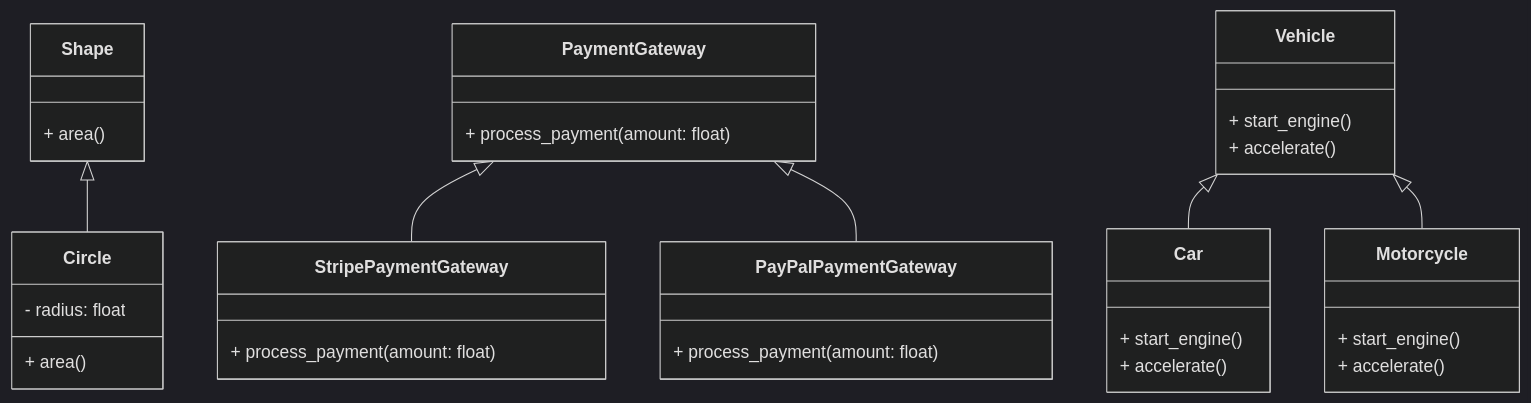
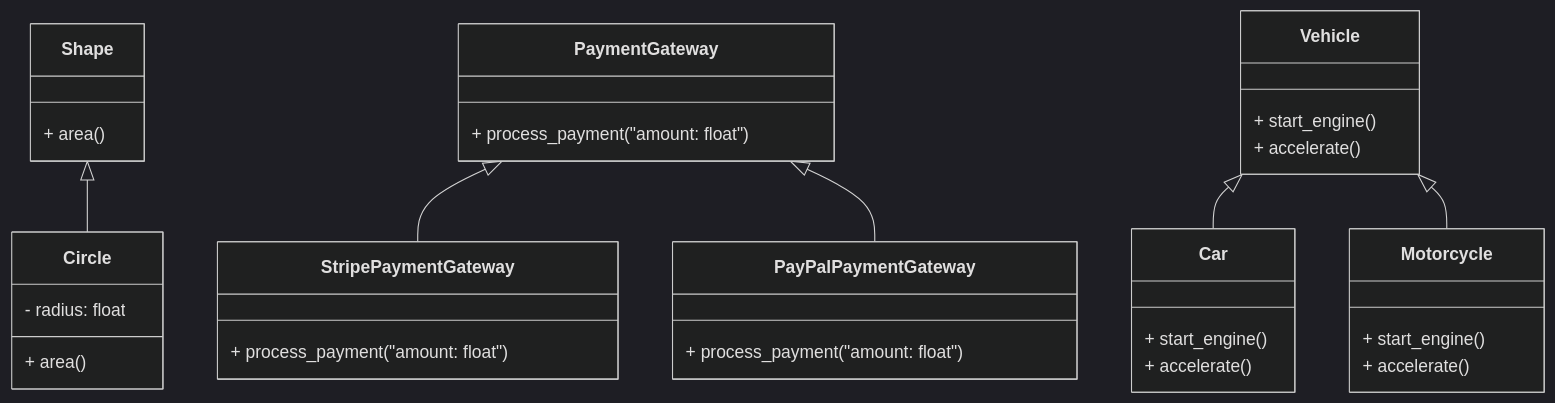
One commit to baaghinitesh/dailly-notes changed the diagram in docs/notes/python/2_Python_OOP/Abstract_Base_Classes_abcABC_abstractmethod.md. Above: the diagram before and after it, drawn with Mermaid (dark theme). The commit also changed 68 other files, not shown here.

Commit message:
Enhancement: Global aggressive Mermaid syntax repair (65 files fixed)

````diff
--- a/docs/notes/python/2_Python_OOP/Abstract_Base_Classes_abcABC_abstractmethod.md
+++ b/docs/notes/python/2_Python_OOP/Abstract_Base_Classes_abcABC_abstractmethod.md
@@ -123,36 +123,36 @@
 ```mermaid
 classDiagram
     class Shape {
         + area()
     }
     class Circle {
         - radius: float
         + area()
     }
     class PaymentGateway {
-        + process_payment(amount: float)
+        + process_payment("amount: float")
     }
     class StripePaymentGateway {
-        + process_payment(amount: float)
+        + process_payment("amount: float")
     }
     class PayPalPaymentGateway {
-        + process_payment(amount: float)
+        + process_payment("amount: float")
     }
     class Vehicle {
         + start_engine()
         + accelerate()
     }
     class Car {
         + start_engine()
         + accelerate()
     }
     class Motorcycle {
         + start_engine()
         + accelerate()
     }
     Shape <|-- Circle
     PaymentGateway <|-- StripePaymentGateway
     PaymentGateway <|-- PayPalPaymentGateway
     Vehicle <|-- Car
     Vehicle <|-- Motorcycle
 ```
````
